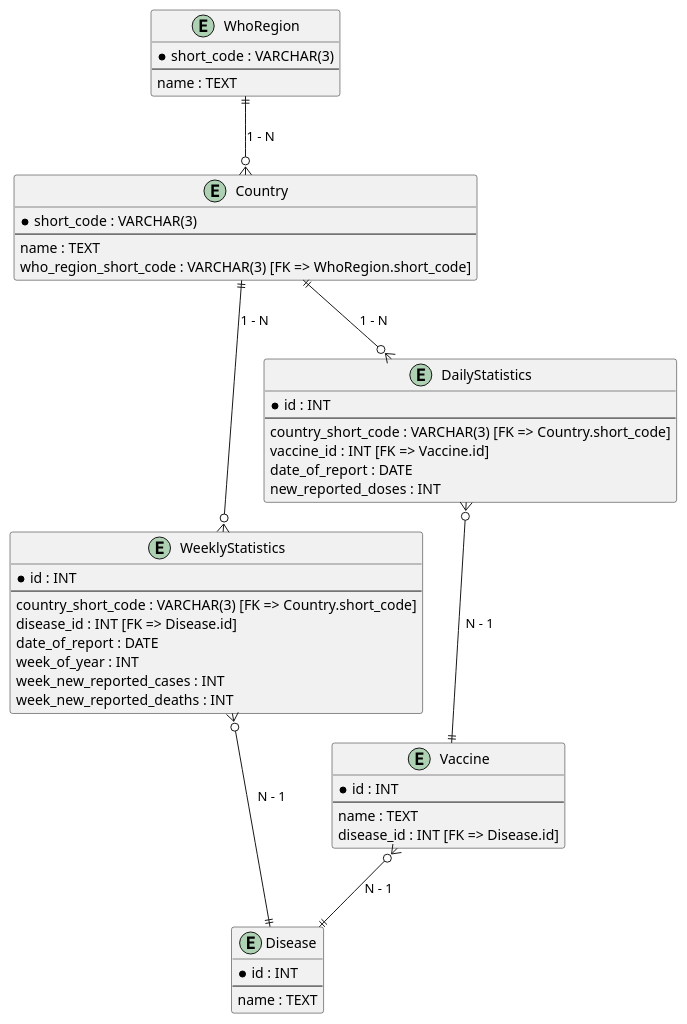
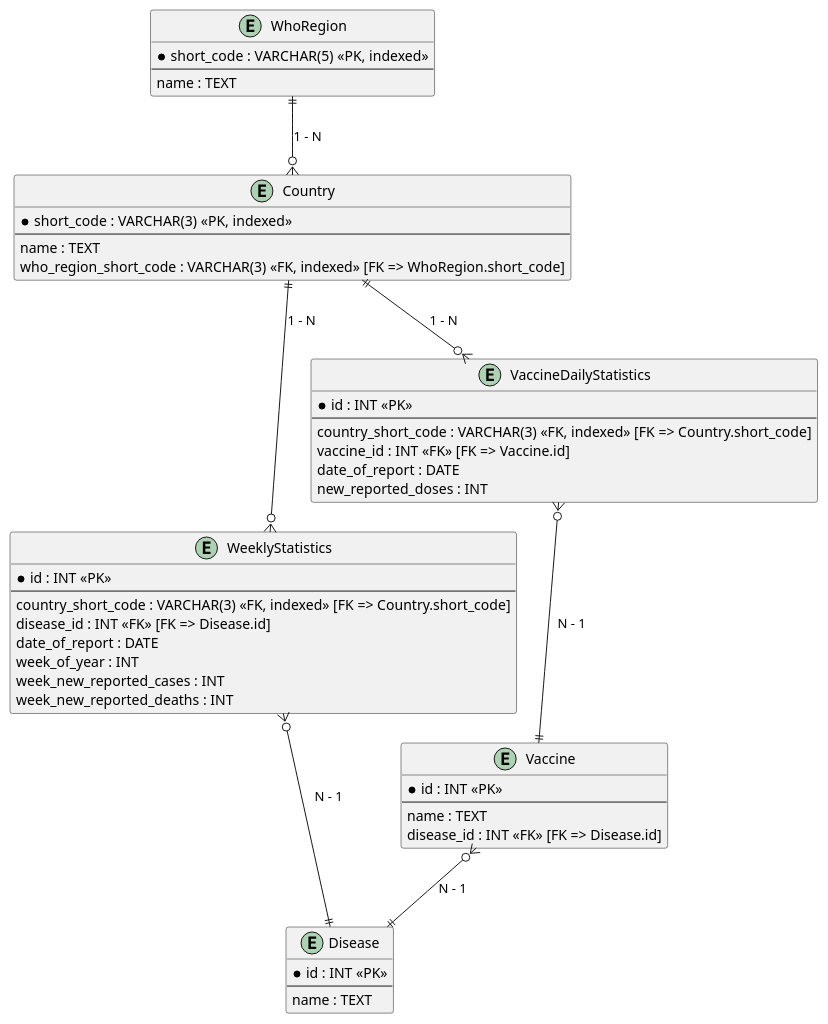
Before and after one commit to MSPRs-2024-2025-EPSI-B3-FS-C2-Gx/MSPR2-Back: the diagram in app/sql/mcd.puml, drawn with PlantUML.

```diff
--- a/app/sql/mcd.puml
+++ b/app/sql/mcd.puml
@@ -1,69 +1,57 @@
 @startuml
 
 entity "WhoRegion" as wr {
-  * short_code : VARCHAR(3)
+  * short_code : VARCHAR(5) <<PK, indexed>>
   --
   name : TEXT
 }
 
 entity "Country" as c {
-  * short_code : VARCHAR(3)
+  * short_code : VARCHAR(3) <<PK, indexed>>
   --
   name : TEXT
-  who_region_short_code : VARCHAR(3) [FK => WhoRegion.short_code]
+  who_region_short_code : VARCHAR(3) <<FK, indexed>> [FK => WhoRegion.short_code]
 }
 
 entity "Disease" as d {
-  * id : INT
+  * id : INT <<PK>>
   --
   name : TEXT
 }
 
 entity "Vaccine" as v {
-  * id : INT
+  * id : INT <<PK>>
   --
   name : TEXT
-  disease_id : INT [FK => Disease.id]
+  disease_id : INT <<FK>> [FK => Disease.id]
 }
 
 entity "WeeklyStatistics" as ws {
-  * id : INT
+  * id : INT <<PK>>
   --
-  country_short_code : VARCHAR(3) [FK => Country.short_code]
-  disease_id : INT [FK => Disease.id]
+  country_short_code : VARCHAR(3) <<FK, indexed>> [FK => Country.short_code]
+  disease_id : INT <<FK>> [FK => Disease.id]
   date_of_report : DATE
   week_of_year : INT
   week_new_reported_cases : INT
   week_new_reported_deaths : INT
 }
 
-entity "DailyStatistics" as ds {
-  * id : INT
+entity "VaccineDailyStatistics" as ds {
+  * id : INT <<PK>>
   --
-  country_short_code : VARCHAR(3) [FK => Country.short_code]
-  vaccine_id : INT [FK => Vaccine.id]
+  country_short_code : VARCHAR(3) <<FK, indexed>> [FK => Country.short_code]
+  vaccine_id : INT <<FK>> [FK => Vaccine.id]
   date_of_report : DATE
   new_reported_doses : INT
 }
 
-' Définition des relations
-
-' 1. Country est lié à WhoRegion (1-N)
+' Relations
 wr ||--o{ c : "1 - N"
-
-' 2. Country est lié à WeeklyStatistics (1-N)
 c ||--o{ ws : "1 - N"
-
-' 3. Country est lié à DailyStatistics (1-N)
 c ||--o{ ds : "1 - N"
-
-' 4. WeeklyStatistics est lié à Disease (N-1)
 ws }o--|| d : "N - 1"
-
-' 5. Vaccine est lié à Disease (N-1)
 v }o--|| d : "N - 1"
-
-' 6. DailyStatistics est lié à Vaccine (N-1)
 ds }o--|| v : "N - 1"
 
 @enduml
```
